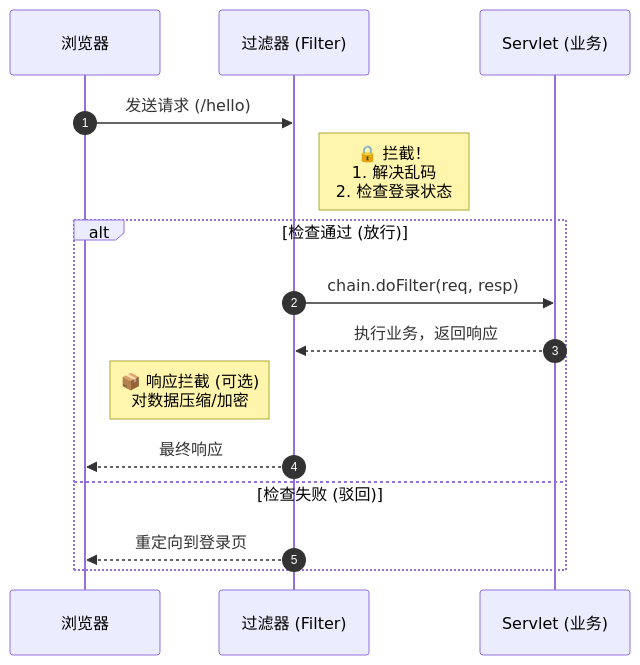
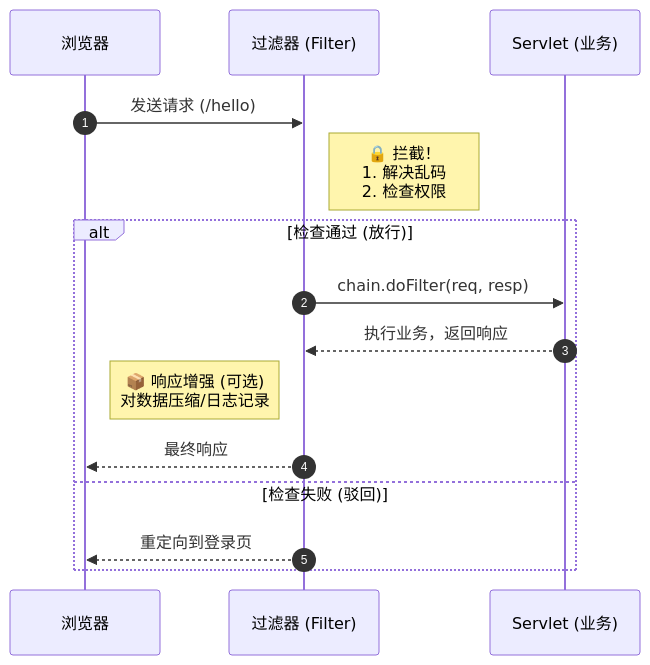
The first of 2 diagrams in docs/chapter02/06-filter-listener.md (dedeguo/javaweb-course-docs), drawn with Mermaid before and after one commit. The commit also changed other lines of this file and 8 other files, not shown here.

````diff
--- a/docs/chapter02/06-filter-listener.md
+++ b/docs/chapter02/06-filter-listener.md
@@ -82,20 +21,20 @@
 ```mermaid
 sequenceDiagram
     autonumber
     participant C as 浏览器
     participant F as 过滤器 (Filter)
     participant S as Servlet (业务)
 
     C->>F: 发送请求 (/hello)
-    Note right of F: 🔒 拦截！<br/>1. 解决乱码<br/>2. 检查登录状态
+    Note right of F: 🔒 拦截！<br/>1. 解决乱码<br/>2. 检查权限
     
     alt 检查通过 (放行)
         F->>S: chain.doFilter(req, resp)
         S-->>F: 执行业务，返回响应
-        Note left of F: 📦 响应拦截 (可选)<br/>对数据压缩/加密
+        Note left of F: 📦 响应增强 (可选)<br/>对数据压缩/日志记录
         F-->>C: 最终响应
     else 检查失败 (驳回)
         F-->>C: 重定向到登录页
     end
 
 ```
````
